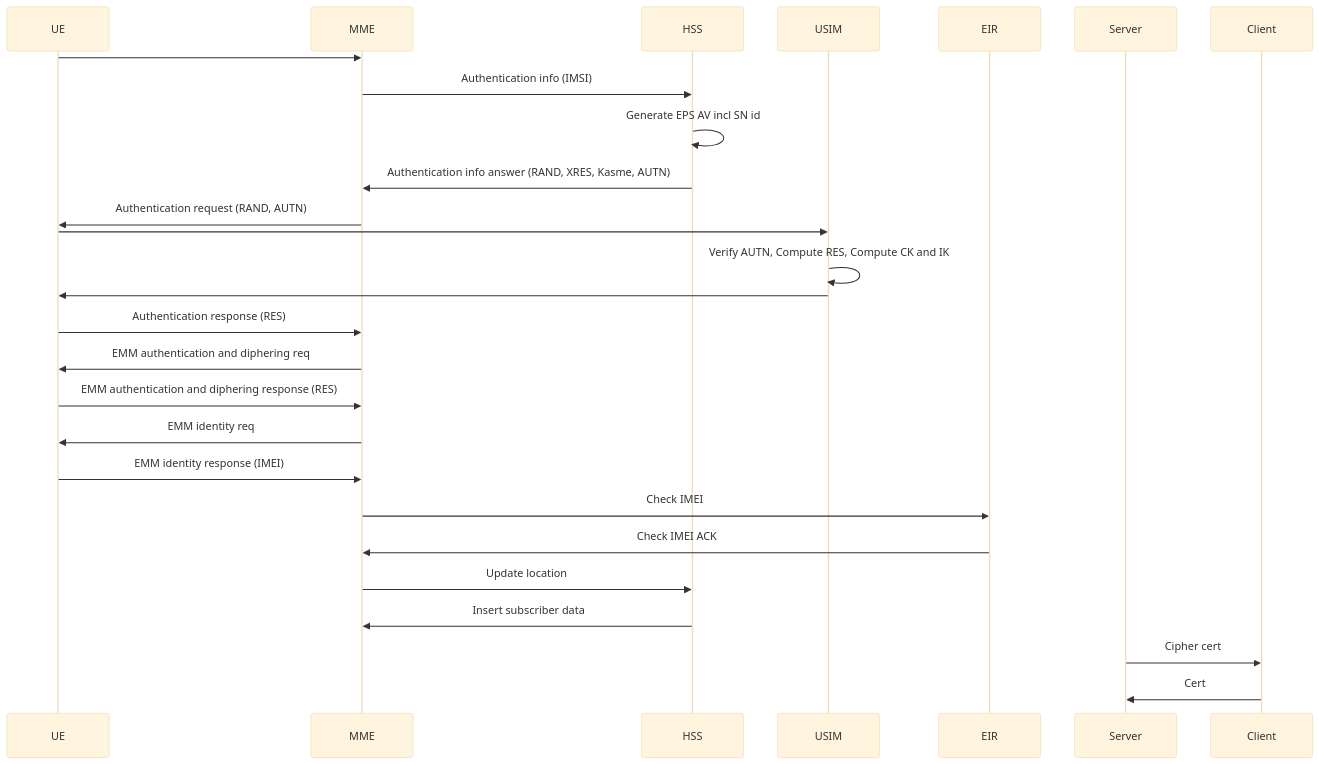
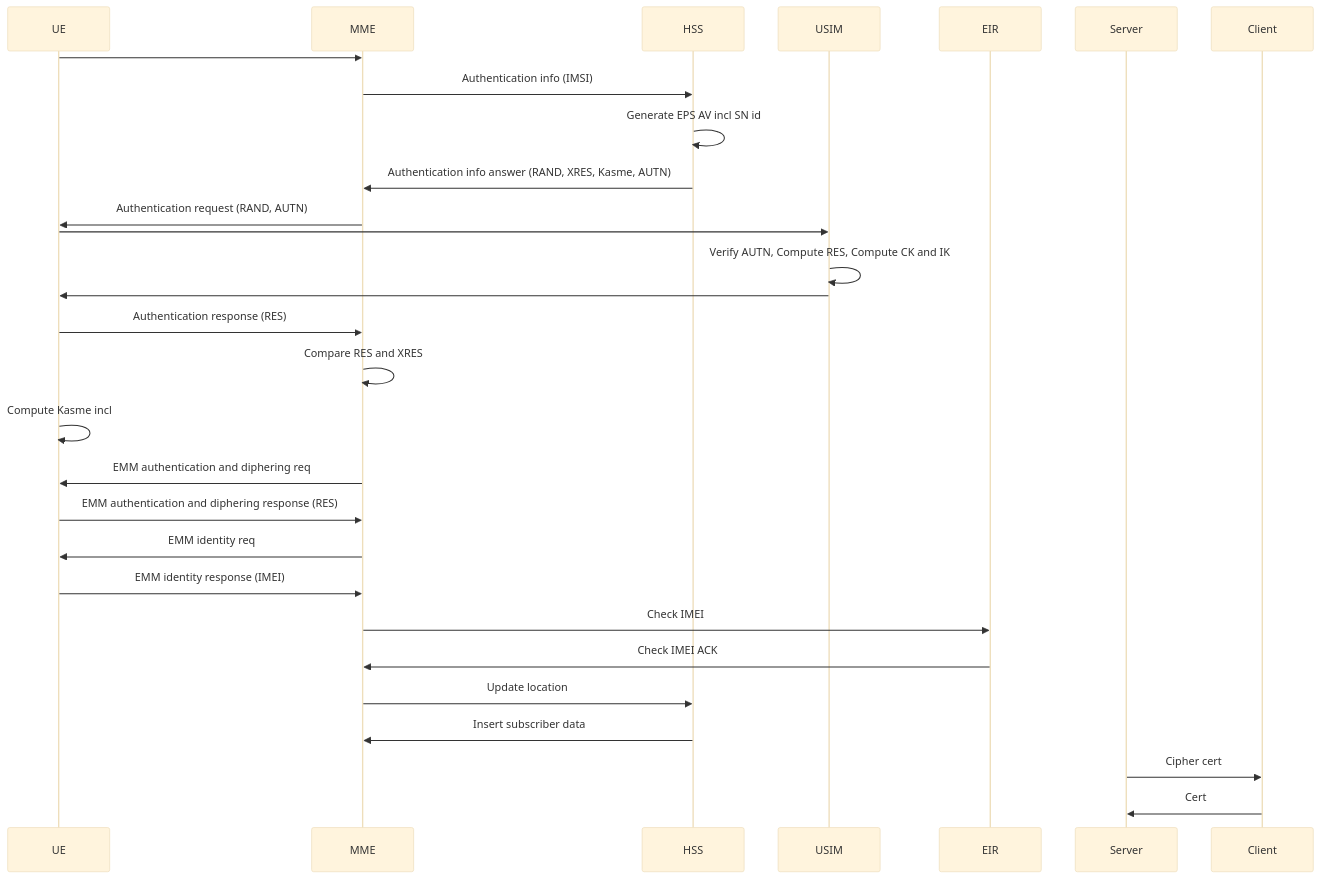
One commit to ThomasRochette/NoteCours changed the diagram in ARM.md. Above: the diagram before and after it, drawn with Mermaid (base theme). The commit also changed other lines of this file, not shown here.

Commit message:
Uploaded by https://stackedit.io/

````diff
--- a/ARM.md
+++ b/ARM.md
@@ -80,23 +80,25 @@
 ```mermaid
 sequenceDiagram
 UE ->> MME: 
 MME ->> HSS: Authentication info (IMSI)
 HSS ->> HSS: Generate EPS AV incl SN id
 HSS ->> MME: Authentication info answer (RAND, XRES, Kasme, AUTN)
 MME ->> UE: Authentication request (RAND, AUTN)
 UE ->> USIM: 
 USIM ->> USIM: Verify AUTN, Compute RES, Compute CK and IK
 USIM ->> UE: 
-UE ->> MME: Authentication response (RES) 
+UE ->> MME: Authentication response (RES)
+MME ->> MME: Compare RES and XRES
+UE ->> UE: Compute Kasme incl  
 
 MME ->> UE: EMM authentication and diphering req
 UE ->> MME: EMM authentication and diphering response (RES)
 MME ->> UE: EMM identity req
 UE ->> MME: EMM identity response (IMEI)
 MME ->> EIR: Check IMEI
 EIR ->> MME: Check IMEI ACK
 MME ->> HSS: Update location
 HSS ->> MME: Insert subscriber data
 Server ->> Client: Cipher cert
 Client ->> Server: Cert
 ```
````
